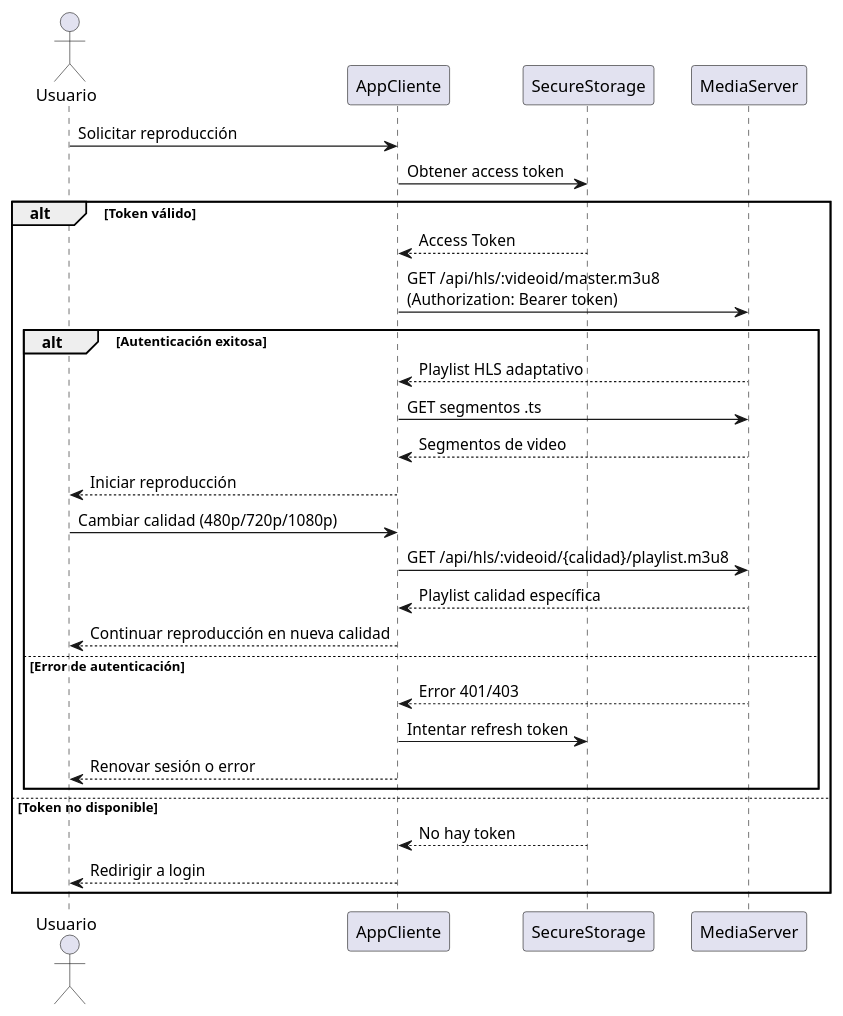
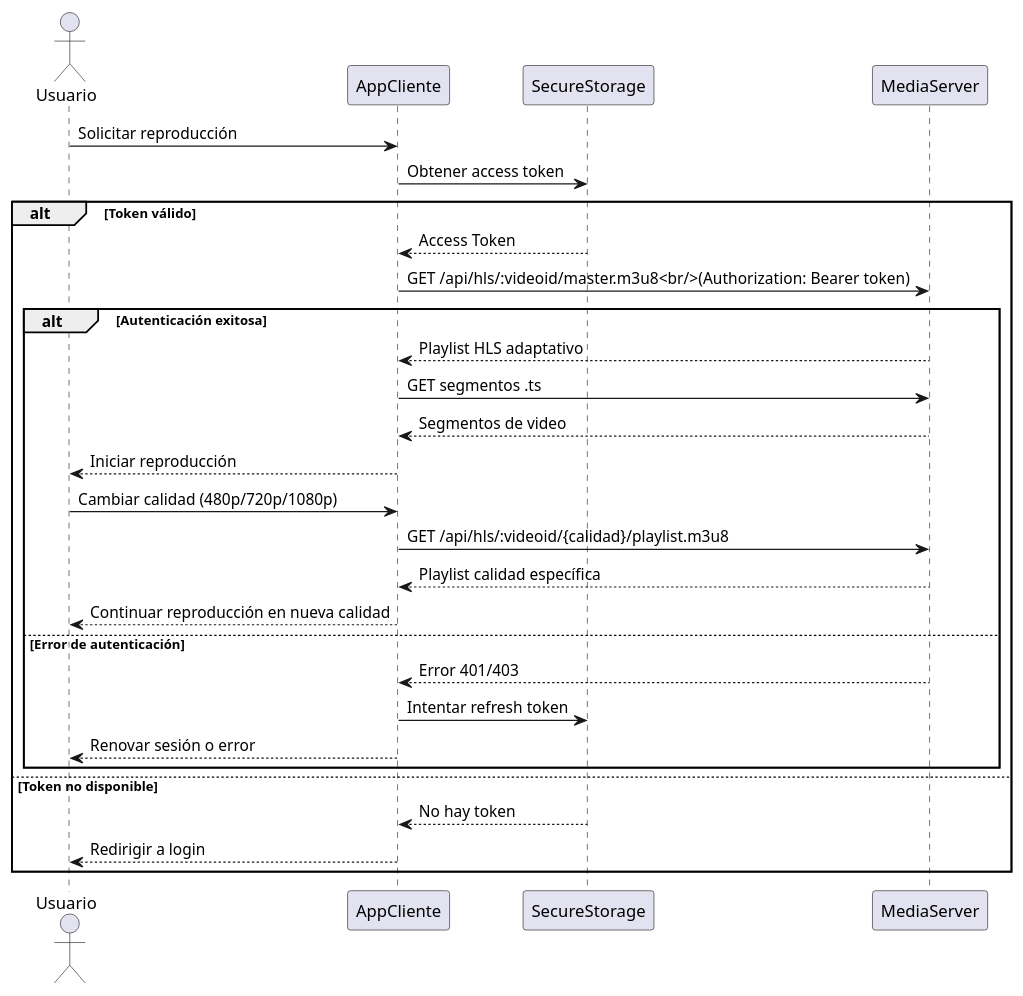
Before and after one commit to ComfyPenguin/Bloste-Docs: the sixth of 9 diagrams in docs/frontend/video_reproductor.md, drawn with PlantUML. The commit also changed other lines of this file and 1 other file, not shown here.

Commit message:
Fix code review feedback: clarify 0-indexed pagination and PlantUML formatting

````diff
--- a/docs/frontend/video_reproductor.md
+++ b/docs/frontend/video_reproductor.md
@@ -207,34 +207,34 @@
 ```plantuml
 @startuml
 actor Usuario
 participant AppCliente
 participant SecureStorage
 participant MediaServer
 
 Usuario -> AppCliente : Solicitar reproducción
 AppCliente -> SecureStorage : Obtener access token
 alt Token válido
     SecureStorage --> AppCliente : Access Token
-    AppCliente -> MediaServer : GET /api/hls/:videoid/master.m3u8\n(Authorization: Bearer token)
+    AppCliente -> MediaServer : GET /api/hls/:videoid/master.m3u8<br/>(Authorization: Bearer token)
     alt Autenticación exitosa
         MediaServer --> AppCliente : Playlist HLS adaptativo
         AppCliente -> MediaServer : GET segmentos .ts
         MediaServer --> AppCliente : Segmentos de video
         AppCliente --> Usuario : Iniciar reproducción
         
         Usuario -> AppCliente : Cambiar calidad (480p/720p/1080p)
         AppCliente -> MediaServer : GET /api/hls/:videoid/{calidad}/playlist.m3u8
         MediaServer --> AppCliente : Playlist calidad específica
         AppCliente --> Usuario : Continuar reproducción en nueva calidad
     else Error de autenticación
         MediaServer --> AppCliente : Error 401/403
         AppCliente -> SecureStorage : Intentar refresh token
         AppCliente --> Usuario : Renovar sesión o error
     end
 else Token no disponible
     SecureStorage --> AppCliente : No hay token
     AppCliente --> Usuario : Redirigir a login
 end
 @enduml
 
 ```
````
